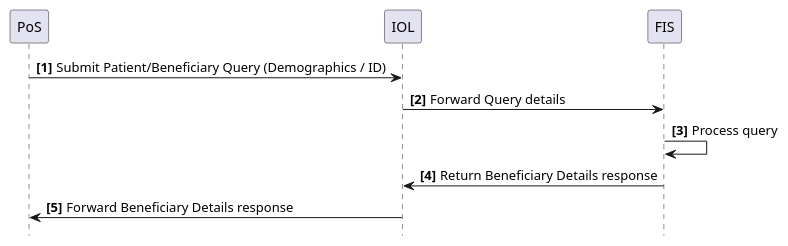
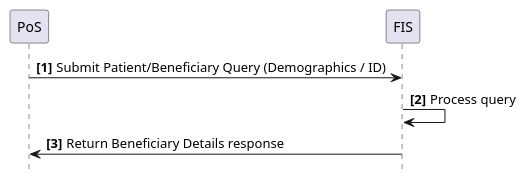
One commit to IHE/ITI.Finance changed the diagram in input/images-source/usecase2-processflow.plantuml. Above: the diagram before and after it, drawn with PlantUML. The commit also changed 7 other files, not shown here.

Commit message:
Removed IOL (mediator layer) from use cases and diagrams as it's not needed for the use cases.

```diff
--- a/input/images-source/usecase2-processflow.plantuml
+++ b/input/images-source/usecase2-processflow.plantuml
@@ -1,20 +1,16 @@
 @startuml
 skinparam svgDimensionStyle false
 hide footbox
 autonumber "<b>[0]"
 
 participant PoS
-participant IOL
 participant FIS
 
 
-PoS->IOL: Submit Patient/Beneficiary Query (Demographics / ID)
-IOL->FIS: Forward Query details
+PoS->FIS: Submit Patient/Beneficiary Query (Demographics / ID)
 
 FIS->FIS: Process query
 
-FIS->IOL: Return Beneficiary Details response
-
-IOL->PoS: Forward Beneficiary Details response
+FIS->PoS: Return Beneficiary Details response
 
 @enduml
```
